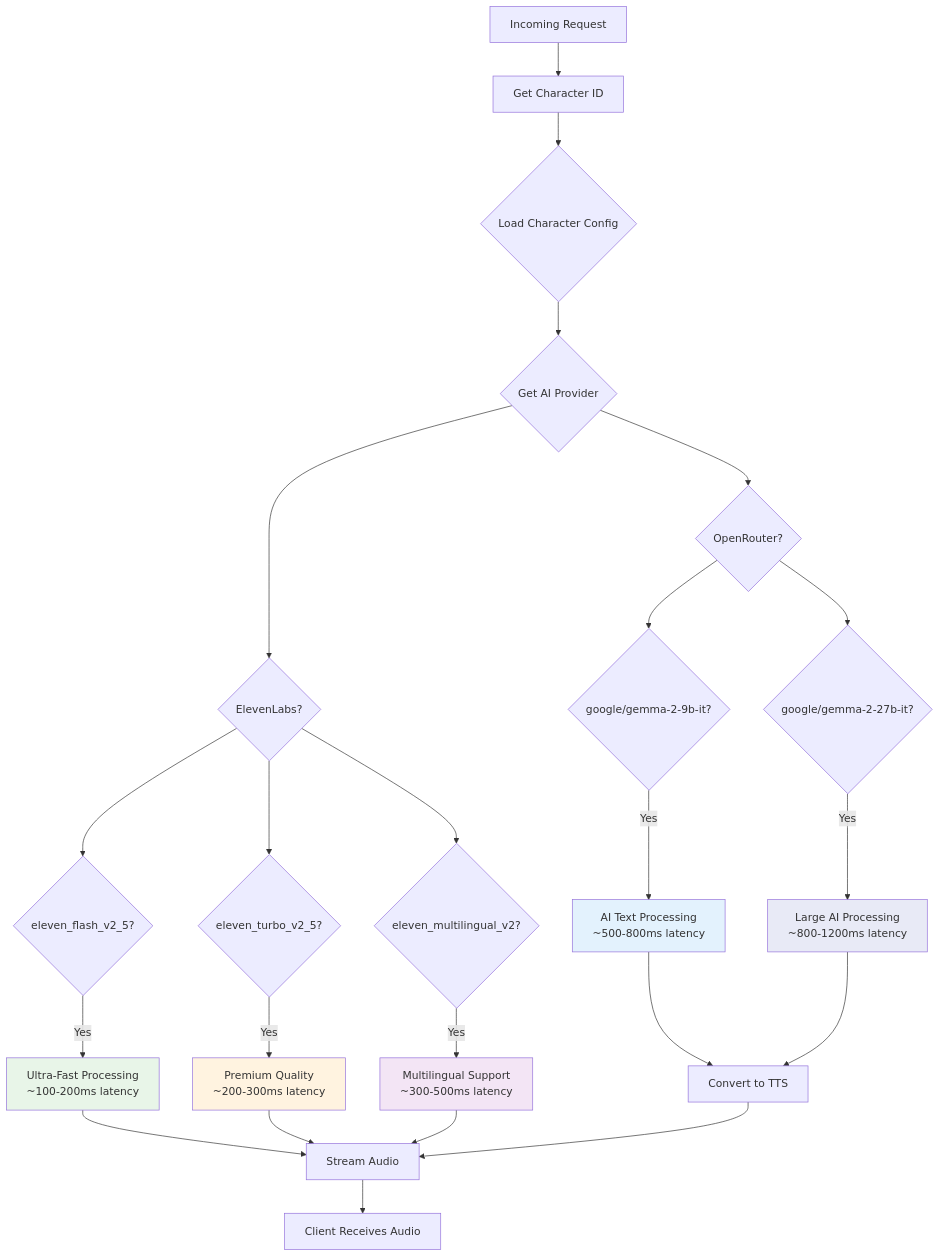
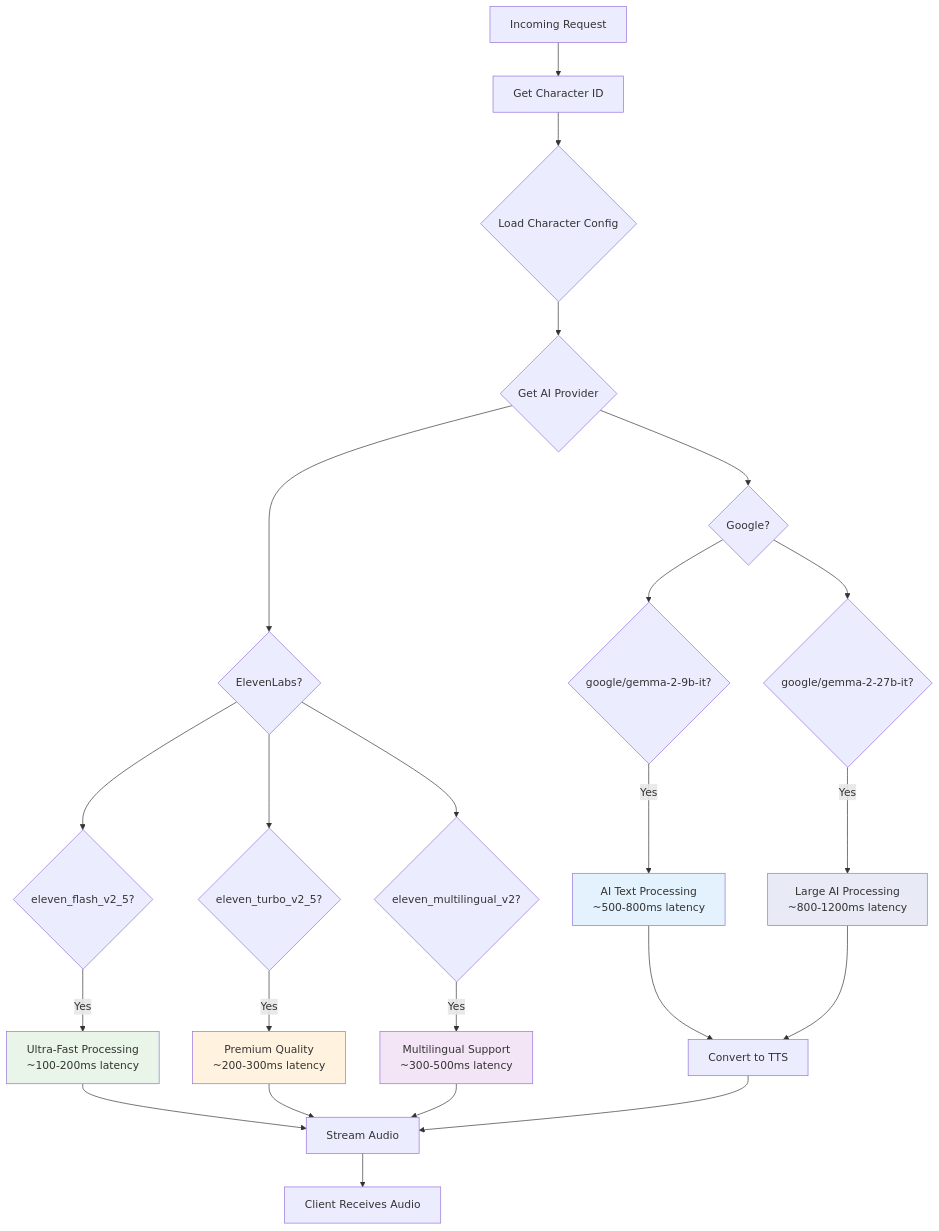
The third of 6 diagrams in README.md (ngelik/tts-web-buddy-tech-demo), drawn with Mermaid before and after one commit. The commit also changed other lines of this file, not shown here.

First line of the commit message:
docs: Update README to reflect integration with Google AI models

````diff
--- a/README.md
+++ b/README.md
@@ -120,38 +120,38 @@
 ```mermaid
 flowchart TD
     START[Incoming Request] --> CHAR[Get Character ID]
     CHAR --> DB{Load Character Config}
     DB --> PROVIDER{Get AI Provider}
     
     PROVIDER --> EL_MODELS{ElevenLabs?}
-    PROVIDER --> OR_MODELS{OpenRouter?}
+    PROVIDER --> OR_MODELS{Google?}
     
     EL_MODELS --> FLASH{eleven_flash_v2_5?}
     EL_MODELS --> TURBO{eleven_turbo_v2_5?}
     EL_MODELS --> MULTI{eleven_multilingual_v2?}
     
     OR_MODELS --> GEMMA9{google/gemma-2-9b-it?}
     OR_MODELS --> GEMMA27{google/gemma-2-27b-it?}
     
     FLASH -->|Yes| FAST[Ultra-Fast Processing<br/>~100-200ms latency]
     TURBO -->|Yes| PREMIUM[Premium Quality<br/>~200-300ms latency]
     MULTI -->|Yes| LANG[Multilingual Support<br/>~300-500ms latency]
     
     GEMMA9 -->|Yes| TEXT_AI[AI Text Processing<br/>~500-800ms latency]
     GEMMA27 -->|Yes| TEXT_AI_LARGE[Large AI Processing<br/>~800-1200ms latency]
     
     FAST --> STREAM[Stream Audio]
     PREMIUM --> STREAM
     LANG --> STREAM
     TEXT_AI --> TTS_CONVERT[Convert to TTS]
     TEXT_AI_LARGE --> TTS_CONVERT
     TTS_CONVERT --> STREAM
     
     STREAM --> END[Client Receives Audio]
     
     style FAST fill:#e8f5e8
     style PREMIUM fill:#fff3e0
     style LANG fill:#f3e5f5
     style TEXT_AI fill:#e3f2fd
     style TEXT_AI_LARGE fill:#e8eaf6
 ```
````
